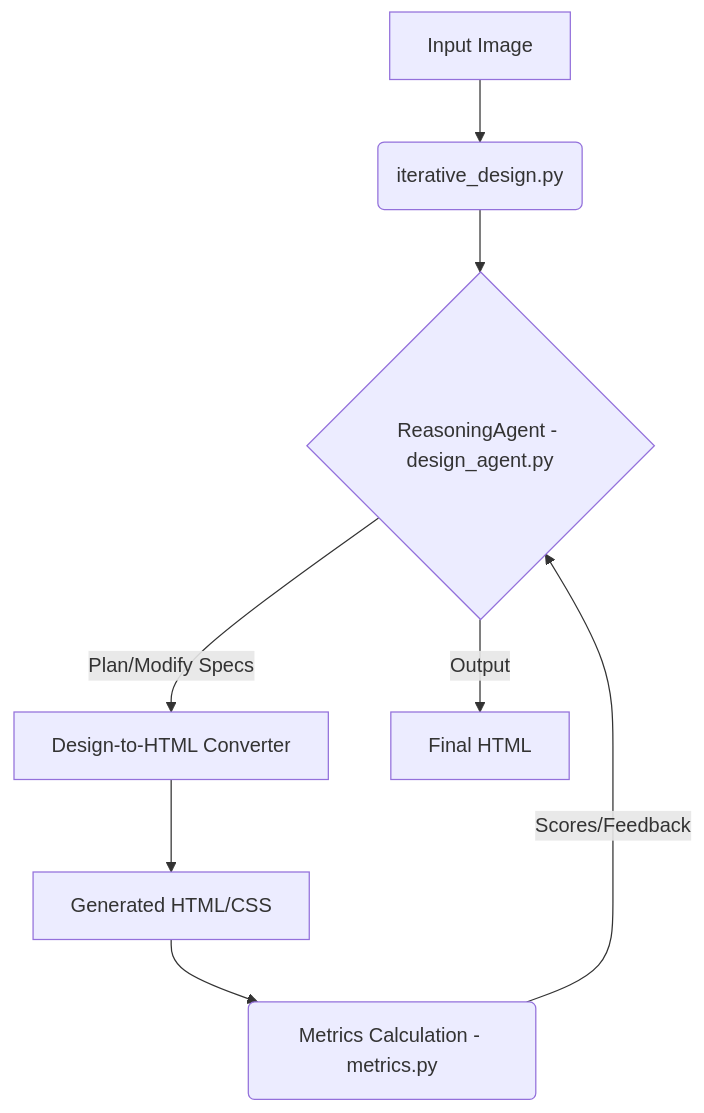
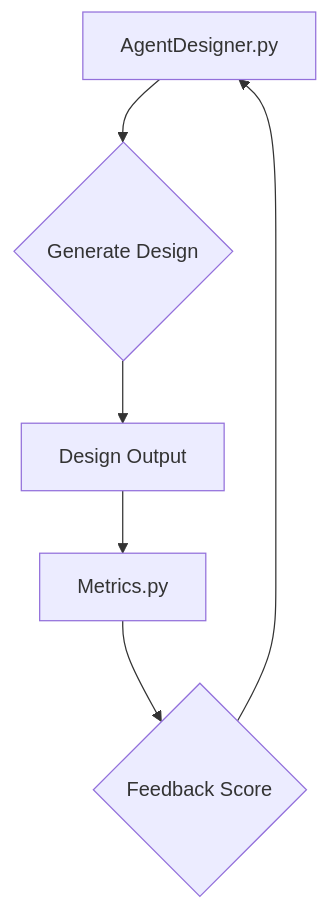
Before and after one commit to Lumi-node/design-loop-ai: the diagram in README.md, drawn with Mermaid. The commit also changed other lines of this file and 40 other files, not shown here.

````diff
--- a/README.md
+++ b/README.md
@@ -83,10 +77,8 @@
 ```mermaid
 graph TD
-    A[Input Image] --> B(iterative_design.py);
-    B --> C{ReasoningAgent - design_agent.py};
-    C -- Plan/Modify Specs --> D[Design-to-HTML Converter];
-    D --> E[Generated HTML/CSS];
-    E --> F(Metrics Calculation - metrics.py);
-    F -- Scores/Feedback --> C;
-    C -- Output --> G[Final HTML];
+    A[AgentDesigner.py] --> B{Generate Design};
+    B --> C[Design Output];
+    C --> D[Metrics.py];
+    D --> E{Feedback Score};
+    E --> A;
 ```
````
